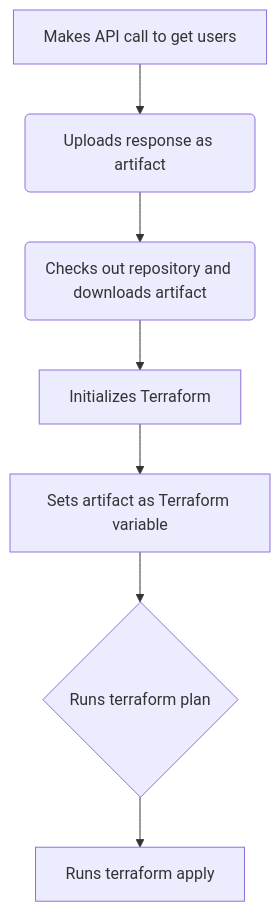
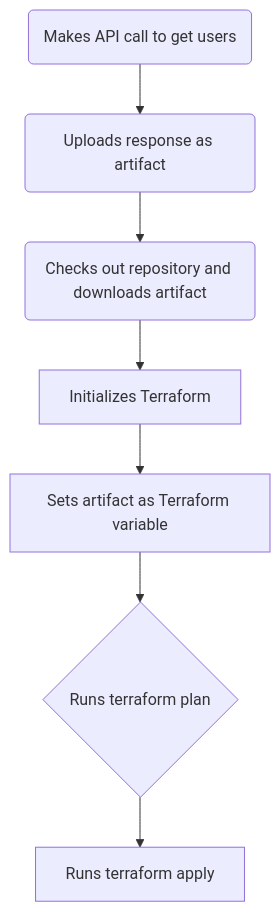
One commit to jackfperryjr/zanarkand changed the second of 2 diagrams in README.md. Above: the diagram before and after it, drawn with Mermaid. The commit also changed other lines of this file, not shown here.

Commit message:
Modified second diagram.

````diff
--- a/README.md
+++ b/README.md
@@ -19,9 +19,9 @@
 ```mermaid
 flowchart TD;
-    a[Makes API call to get users] --> b(Uploads response as artifact);
+    a(Makes API call to get users) --> b(Uploads response as artifact);
     b --> c(Checks out repository and downloads artifact);
     c --> d[Initializes Terraform];
     d --> e[Sets artifact as Terraform variable];
     e --> f{Runs terraform plan};
     f --> g[Runs terraform apply];
 ```
````
